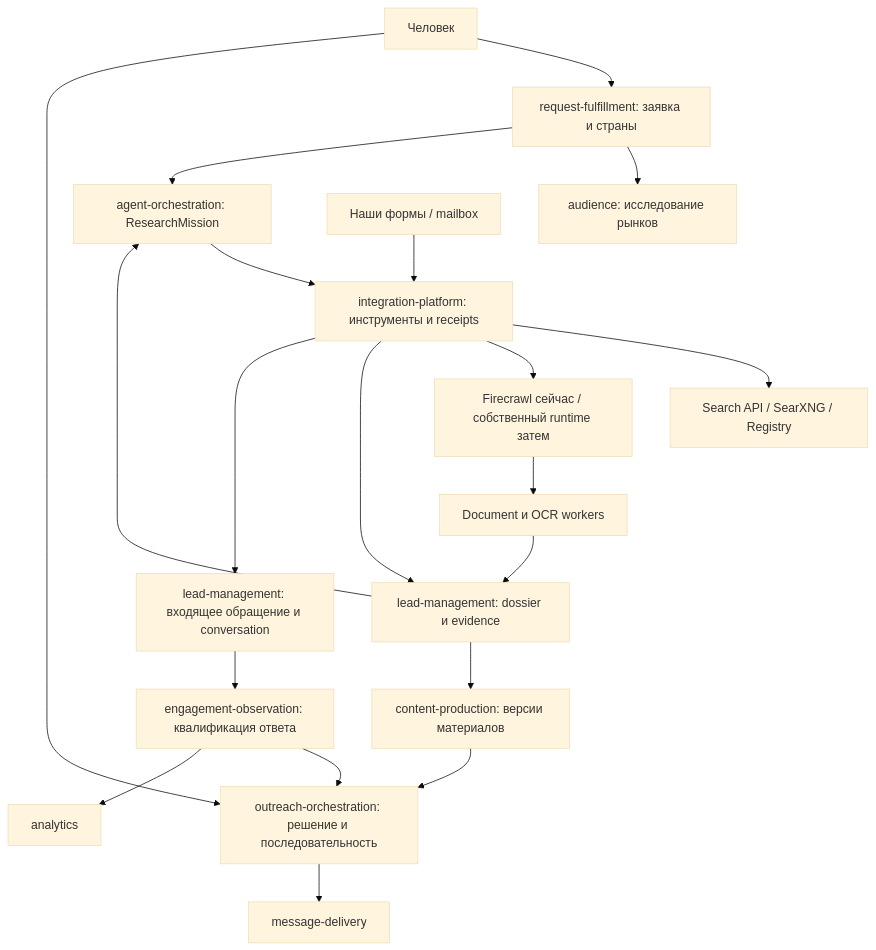
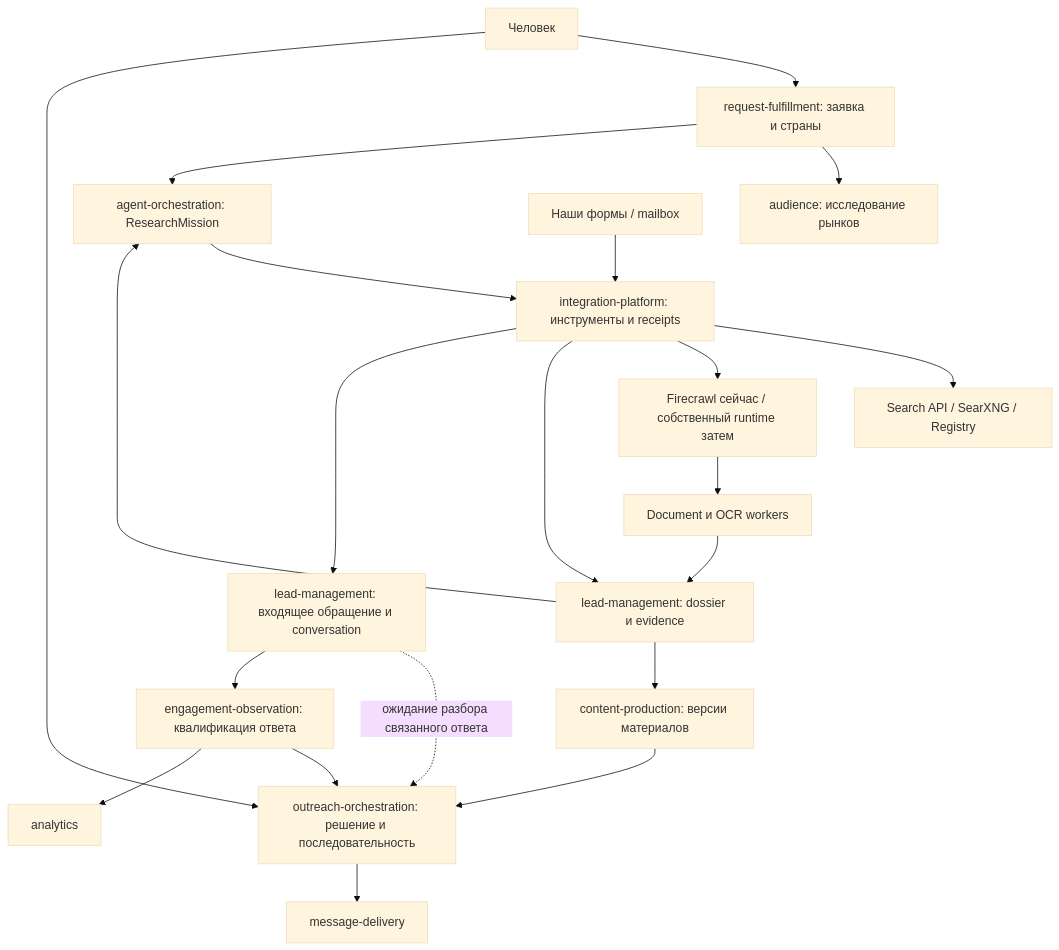
The diagram in docs/concepts/intelligent-lead-research/07-architecture-and-delivery-plan.md (kegazani/lead-gen), drawn with Mermaid (base theme) before and after one commit. The commit also changed other lines of this file and 13 other files, not shown here.

````diff
--- a/docs/concepts/intelligent-lead-research/07-architecture-and-delivery-plan.md
+++ b/docs/concepts/intelligent-lead-research/07-architecture-and-delivery-plan.md
@@ -23,22 +23,23 @@
 ```mermaid
 flowchart TD
     H[Человек] --> R[request-fulfillment: заявка и страны]
     R --> A[audience: исследование рынков]
     R --> O[agent-orchestration: ResearchMission]
     O --> I[integration-platform: инструменты и receipts]
     I --> S[Search API / SearXNG / Registry]
     I --> C[Firecrawl сейчас / собственный runtime затем]
     C --> D[Document и OCR workers]
     I --> L[lead-management: dossier и evidence]
     D --> L
     L --> O
     L --> P[content-production: версии материалов]
     P --> U[outreach-orchestration: решение и последовательность]
     H --> U
     U --> M[message-delivery]
     F[Наши формы / mailbox] --> I
     I --> V[lead-management: входящее обращение и conversation]
+    V -. ожидание разбора связанного ответа .-> U
     V --> E[engagement-observation: квалификация ответа]
     E --> U
     E --> N[analytics]
 ```
````
